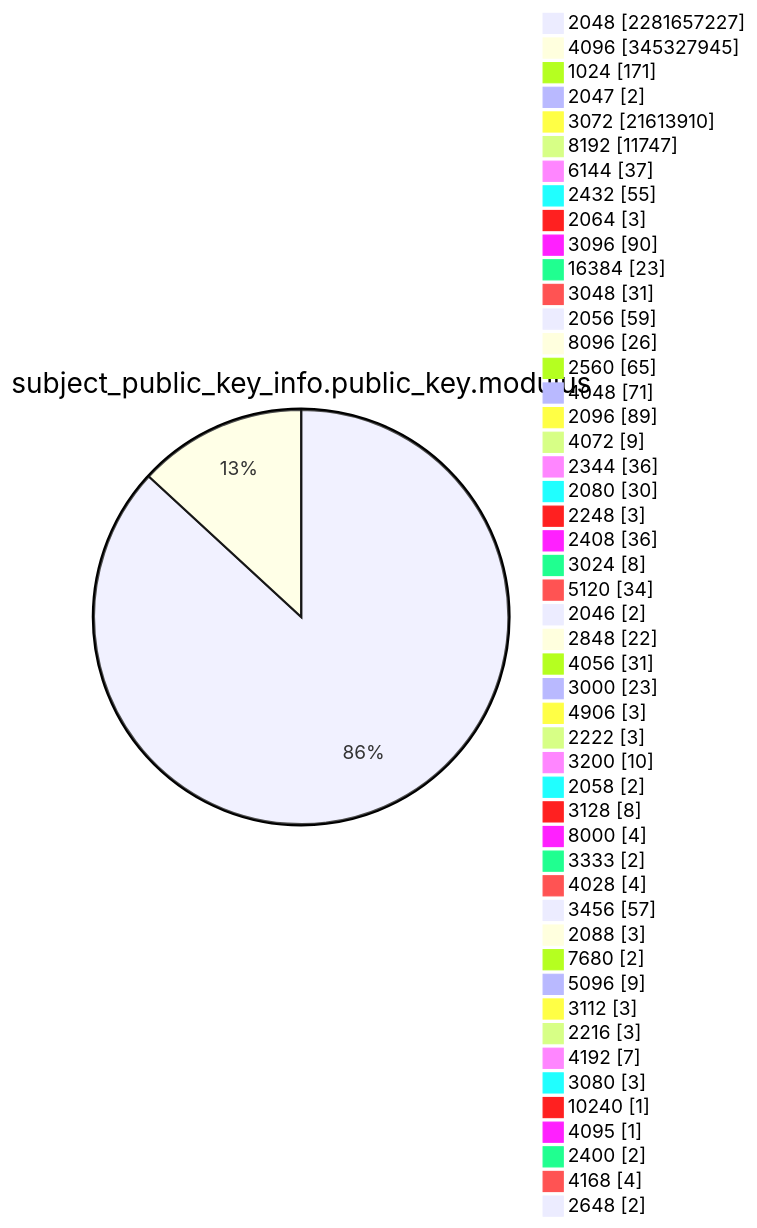
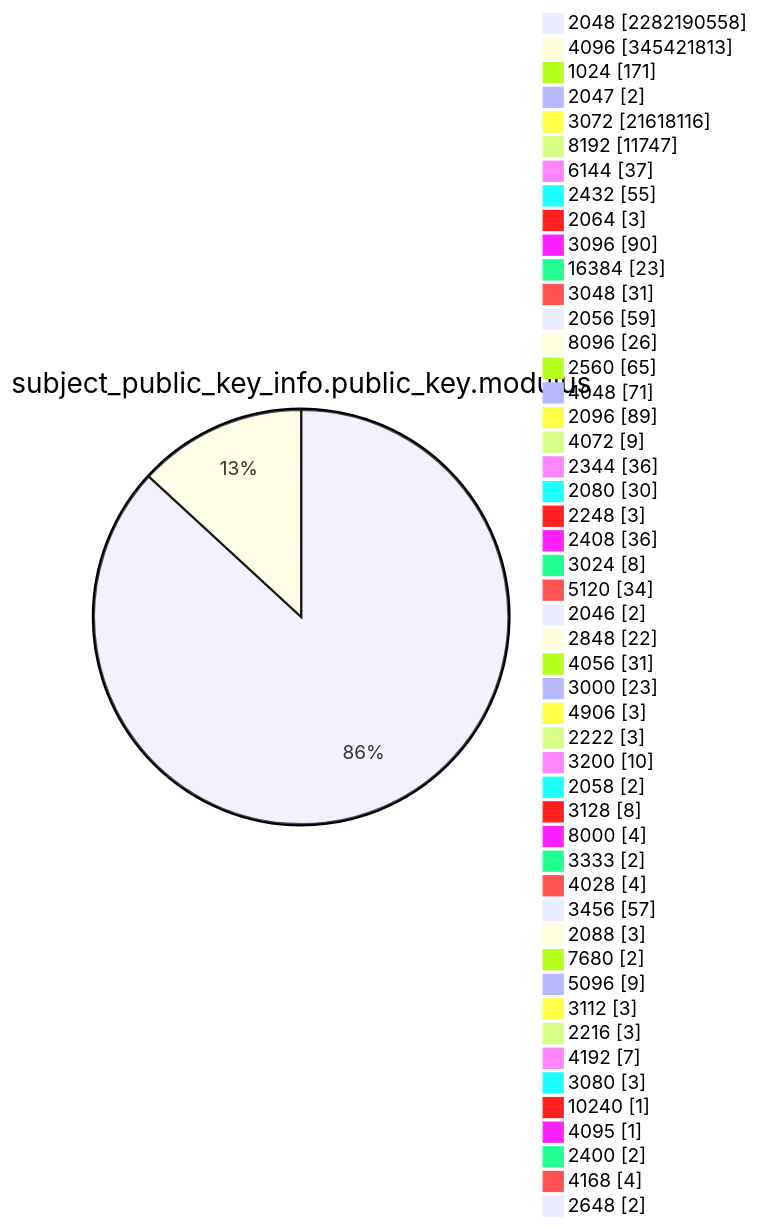
One commit to christiankrug/ctmonitor_visualization changed diagram 13 of 15 in TOTAL/README.md. Above: the diagram before and after it, drawn with Mermaid. The commit also changed other lines of this file, not shown here.

````diff
--- a/TOTAL/README.md
+++ b/TOTAL/README.md
@@ -4165,53 +4165,53 @@
 ```mermaid
 pie showData
 title subject_public_key_info.public_key.modulus
-"2048" :2281657227
-"4096" :345327945
+"2048" :2282190558
+"4096" :345421813
 "1024" :171
 "2047" :2
-"3072" :21613910
+"3072" :21618116
 "8192" :11747
 "6144" :37
 "2432" :55
 "2064" :3
 "3096" :90
 "16384" :23
 "3048" :31
 "2056" :59
 "8096" :26
 "2560" :65
 "4048" :71
 "2096" :89
 "4072" :9
 "2344" :36
 "2080" :30
 "2248" :3
 "2408" :36
 "3024" :8
 "5120" :34
 "2046" :2
 "2848" :22
 "4056" :31
 "3000" :23
 "4906" :3
 "2222" :3
 "3200" :10
 "2058" :2
 "3128" :8
 "8000" :4
 "3333" :2
 "4028" :4
 "3456" :57
 "2088" :3
 "7680" :2
 "5096" :9
 "3112" :3
 "2216" :3
 "4192" :7
 "3080" :3
 "10240" :1
 "4095" :1
 "2400" :2
 "4168" :4
 "2648" :2
 ```
````
